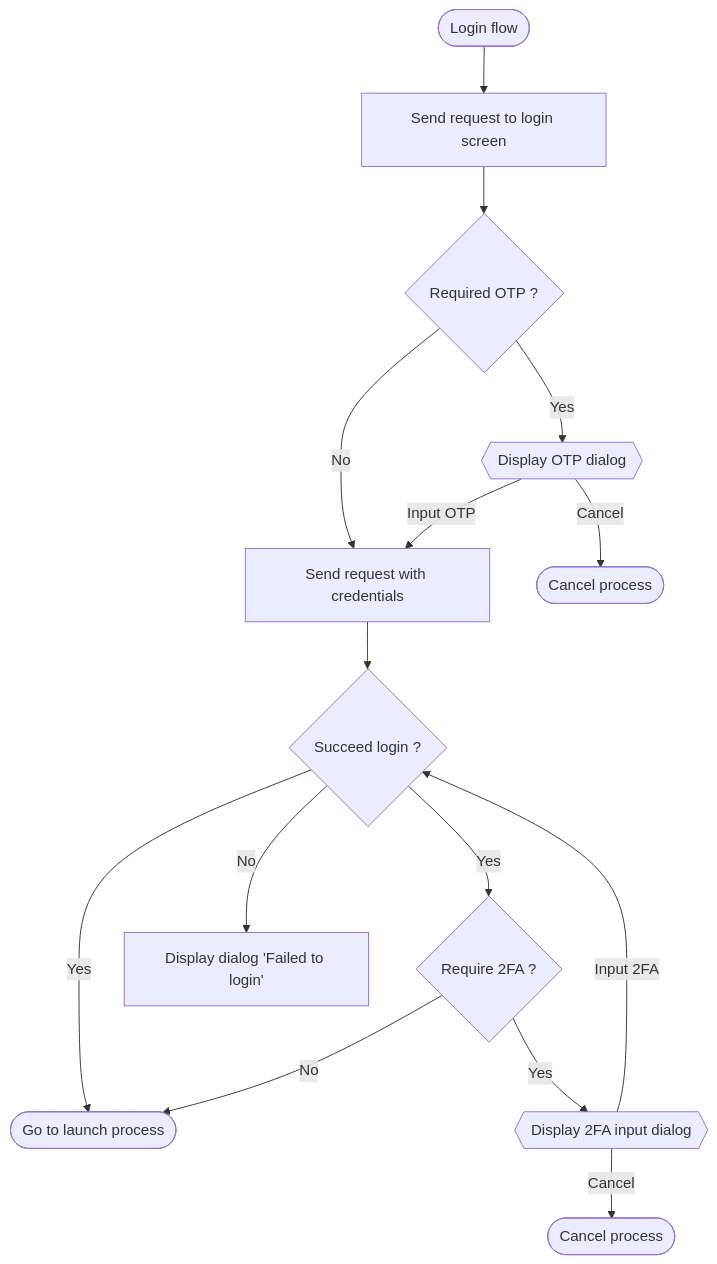
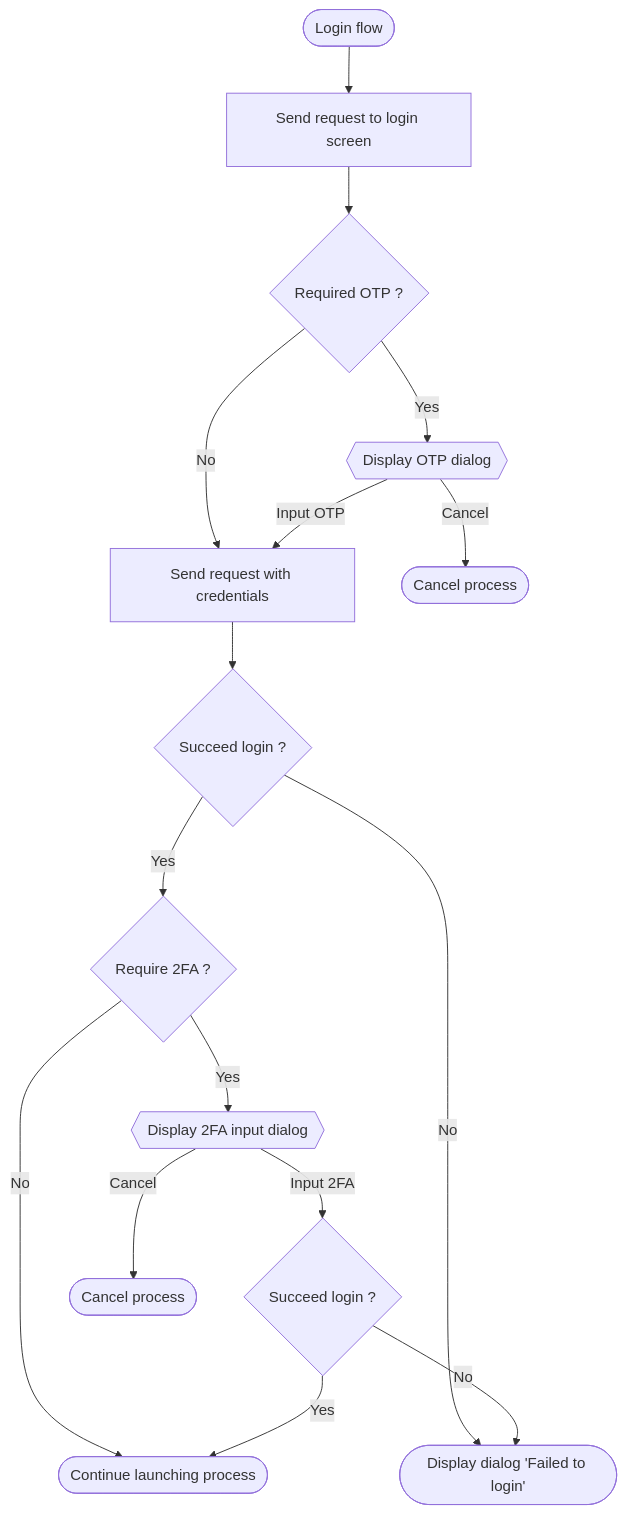
The third of 3 diagrams in README.md (anon5r/KsGameLauncher), drawn with Mermaid before and after one commit. The commit also changed other lines of this file and 1 other file, not shown here.

Commit message:
Update document

````diff
--- a/README.md
+++ b/README.md
@@ -62,18 +134,19 @@
 ```mermaid
   flowchart TD;
       Start([Login flow]) --> LoginScreen[Send request to login screen];
       LoginScreen --> ReqOTP{Required OTP ?};
       ReqOTP -- Yes --> OTP{{Display OTP dialog}};
       ReqOTP -- No  --> SendLogin[Send request with credentials];
       OTP -- Input OTP --> SendLogin[Send request with credentials];
       OTP -- Cancel --> Cancel1([Cancel process]);
-      SendLogin --> IsSuccess{Succeed login ?};
-      IsSuccess -- Yes --> 2FARes{Require 2FA ?};
-      IsSuccess -- No  --> LoginFail;
-      IsSuccess -- Yes --> Continue([Continue launching process]);
+      SendLogin --> IsSuccess1{Succeed login ?};
+      IsSuccess1 -- Yes --> 2FARes{Require 2FA ?};
+      IsSuccess1 -- No  --> LoginFail;
       2FARes -- Yes --> 2FA{{Display 2FA input dialog}};
       2FARes -- No  --> Continue([Go to launch process]);
-      2FA -- Input 2FA --> IsSuccess{Succeed login ?};
+      2FA -- Input 2FA --> IsSuccess2{Succeed login ?};
       2FA -- Cancel --> Cancel2([Cancel process]);
-      LoginFail[Display dialog 'Failed to login'];
+      IsSuccess2 -- Yes --> Continue([Continue launching process]);
+      IsSuccess2 -- No  --> LoginFail;
+      LoginFail([Display dialog 'Failed to login']);
 ```
````
